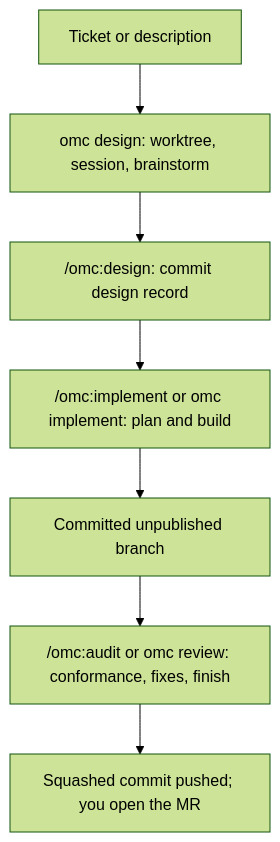
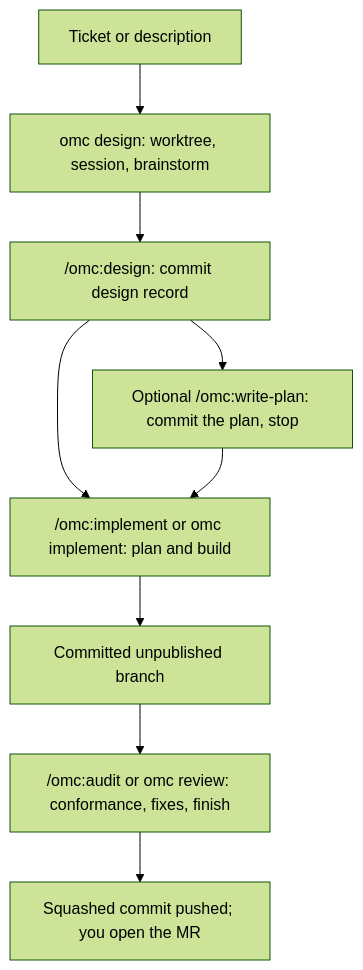
Before and after one commit to chris-husse/oh-my-clanker: the first of 4 diagrams in README.md, drawn with Mermaid (forest theme). The commit also changed other lines of this file and 17 other files, not shown here.

First line of the commit message:
Add /omc:write-plan: plan in the design session, build anywhere

````diff
--- a/README.md
+++ b/README.md
@@ -152,9 +152,11 @@
 ```mermaid
 flowchart TD
     Context["Ticket or description"] --> Design["omc design: worktree, session, brainstorm"]
     Design --> Record["/omc:design: commit design record"]
     Record --> Build["/omc:implement or omc implement: plan and build"]
+    Record --> WritePlan["Optional /omc:write-plan: commit the plan, stop"]
+    WritePlan --> Build
     Build --> Branch["Committed unpublished branch"]
     Branch --> Audit["/omc:audit or omc review: conformance, fixes, finish"]
     Audit --> Push["Squashed commit pushed; you open the MR"]
 ```
````
